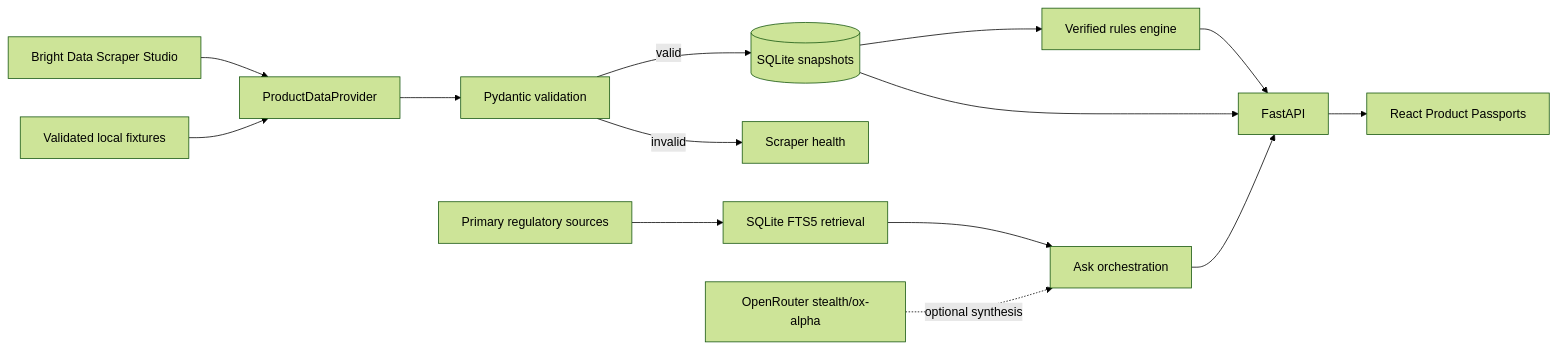
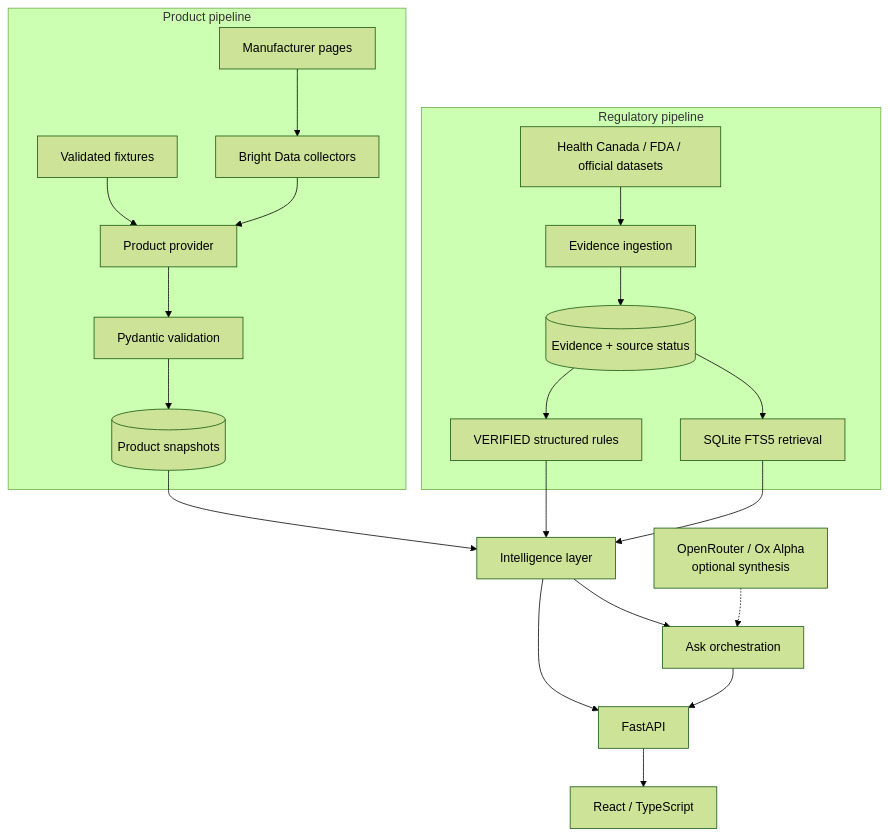
The second of 3 diagrams in README.md (kailash1372/RegLens), drawn with Mermaid (forest theme) before and after one commit. The commit also changed other lines of this file and 5 other files, not shown here.

````diff
--- a/README.md
+++ b/README.md
@@ -41,16 +136,26 @@
 ```mermaid
-flowchart LR
-    Studio[Bright Data Scraper Studio] --> Provider[ProductDataProvider]
-    Fixtures[Validated local fixtures] --> Provider
-    Provider --> Validate[Pydantic validation]
-    Validate -->|valid| SQLite[(SQLite snapshots)]
-    Validate -->|invalid| Health[Scraper health]
-    SQLite --> Rules[Verified rules engine]
-    Evidence[Primary regulatory sources] --> FTS[SQLite FTS5 retrieval]
-    Rules --> API[FastAPI]
-    FTS --> Ask[Ask orchestration]
-    SQLite --> API
-    Ask --> API
-    API --> UI[React Product Passports]
-    OpenRouter[OpenRouter stealth/ox-alpha] -. optional synthesis .-> Ask
+flowchart TB
+    subgraph Product[Product pipeline]
+        Manufacturer[Manufacturer pages] --> BrightData[Bright Data collectors]
+        Fixtures[Validated fixtures] --> Provider[Product provider]
+        BrightData --> Provider
+        Provider --> ProductValidation[Pydantic validation]
+        ProductValidation --> ProductDB[(Product snapshots)]
+    end
+
+    subgraph Regulatory[Regulatory pipeline]
+        Authorities[Health Canada / FDA / official datasets] --> Ingestion[Evidence ingestion]
+        Ingestion --> EvidenceDB[(Evidence + source status)]
+        EvidenceDB --> Rules[VERIFIED structured rules]
+        EvidenceDB --> Retrieval[SQLite FTS5 retrieval]
+    end
+
+    ProductDB --> Intelligence[Intelligence layer]
+    Rules --> Intelligence
+    Retrieval --> Intelligence
+    Intelligence --> FastAPI[FastAPI]
+    FastAPI --> React[React / TypeScript]
+    Intelligence --> Ask[Ask orchestration]
+    OpenRouter[OpenRouter / Ox Alpha<br/>optional synthesis] -.-> Ask
+    Ask --> FastAPI
 ```
````
